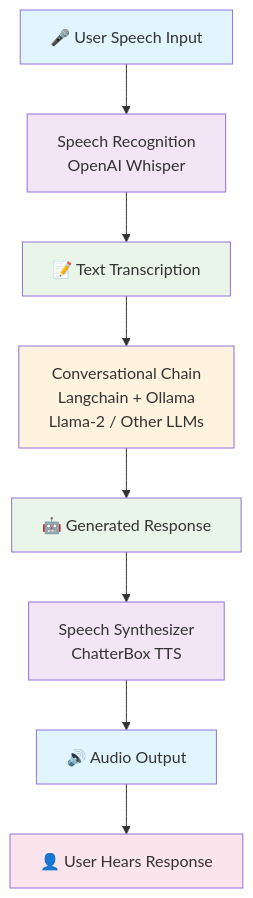
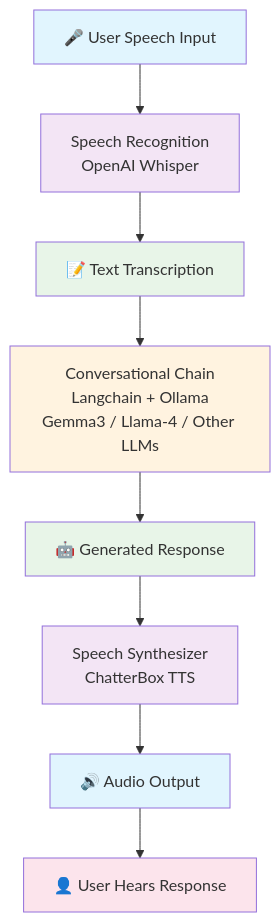
Before and after one commit to vndee/local-talking-llm: the diagram in README.md, drawn with Mermaid. The commit also changed other lines of this file, not shown here.

Commit message:
Update README.md to include reference to archived Bark implementation and update TTS model details

````diff
--- a/README.md
+++ b/README.md
@@ -37,19 +38,19 @@
 ```mermaid
 flowchart TD
     A[🎤 User Speech Input] --> B[Speech Recognition<br/>OpenAI Whisper]
     B --> C[📝 Text Transcription]
-    C --> D[Conversational Chain<br/>Langchain + Ollama<br/>Llama-2 / Other LLMs]
+    C --> D[Conversational Chain<br/>Langchain + Ollama<br/>Gemma3 / Llama-4 / Other LLMs]
     D --> E[🤖 Generated Response]
     E --> F[Speech Synthesizer<br/>ChatterBox TTS]
     F --> G[🔊 Audio Output]
     G --> H[👤 User Hears Response]
 
     style A fill:#e1f5fe
     style B fill:#f3e5f5
     style C fill:#e8f5e8
     style D fill:#fff3e0
     style E fill:#e8f5e8
     style F fill:#f3e5f5
     style G fill:#e1f5fe
     style H fill:#fce4ec
 ```
````
